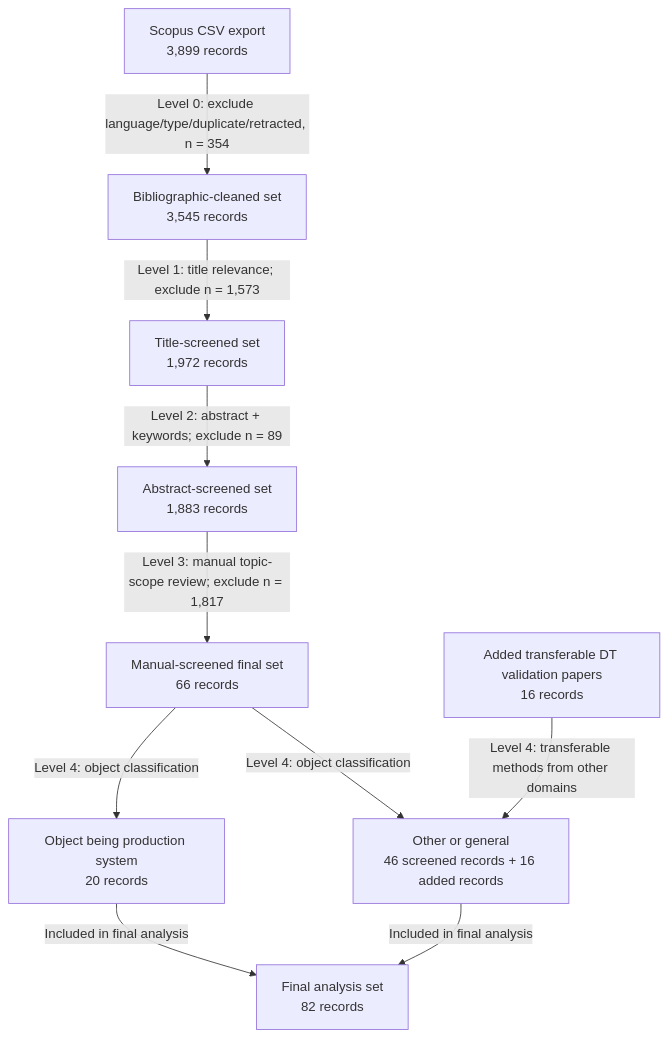
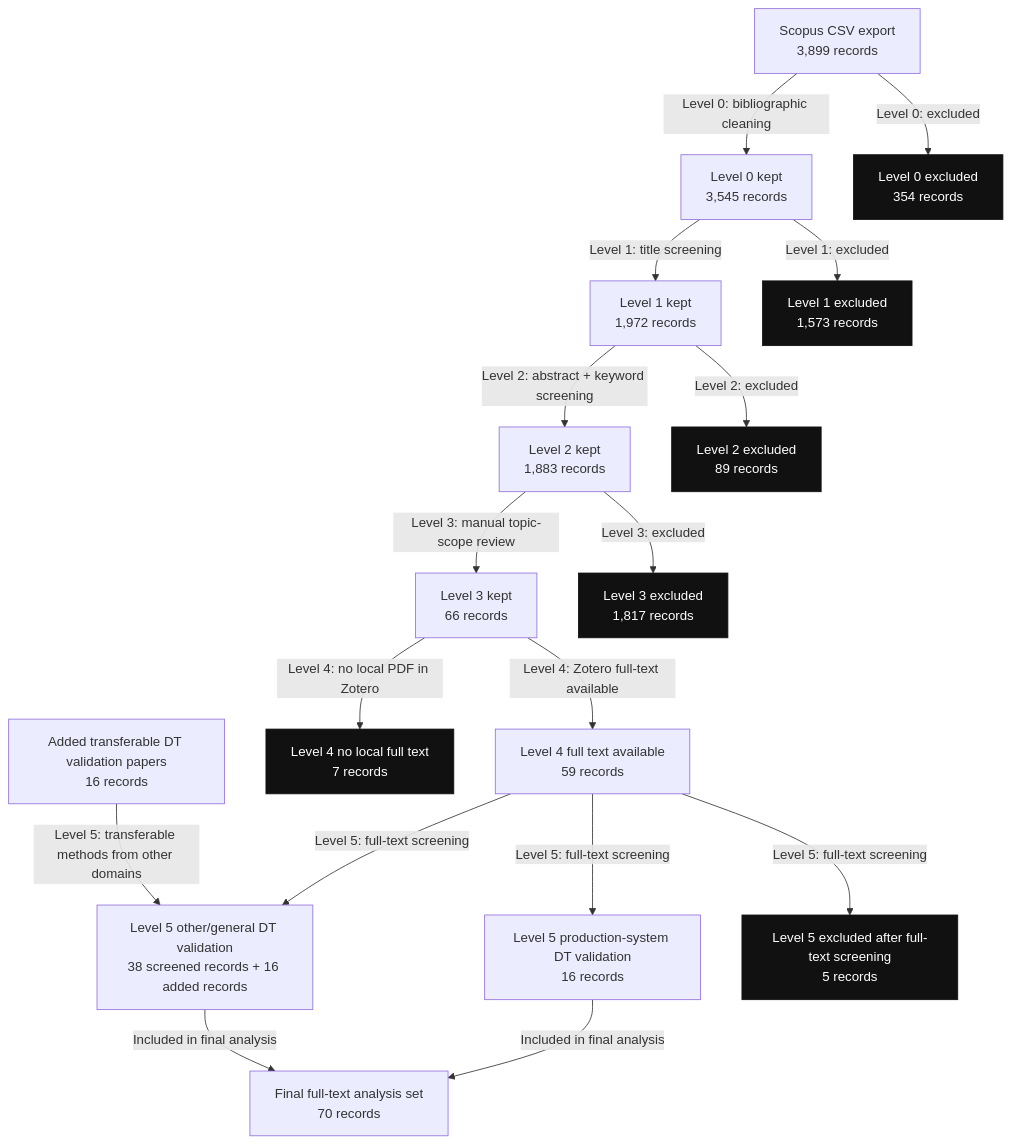
Before and after one commit to lengbh/ProdDTValScopus: the diagram in README.md, drawn with Mermaid. The commit also changed other lines of this file and 42 other files, not shown here.

Commit message:
added fulltext availability, refined fulltext screening classification, reorganised folder structure

````diff
--- a/README.md
+++ b/README.md
@@ -3,22 +3,39 @@
 ```mermaid
 flowchart TB
     A["Scopus CSV export<br/>3,899 records"]
-    B["Bibliographic-cleaned set<br/>3,545 records"]
-    C["Title-screened set<br/>1,972 records"]
-    D["Abstract-screened set<br/>1,883 records"]
-    E["Manual-screened final set<br/>66 records"]
-    F["Object being production system<br/>20 records"]
-    G["Other or general<br/>46 screened records + 16 added records"]
+    B["Level 0 kept<br/>3,545 records"]
+    Bx["Level 0 excluded<br/>354 records"]
+    C["Level 1 kept<br/>1,972 records"]
+    Cx["Level 1 excluded<br/>1,573 records"]
+    D["Level 2 kept<br/>1,883 records"]
+    Dx["Level 2 excluded<br/>89 records"]
+    E["Level 3 kept<br/>66 records"]
+    Ex["Level 3 excluded<br/>1,817 records"]
+    FT["Level 4 full text available<br/>59 records"]
+    X["Level 4 no local full text<br/>7 records"]
+    F["Level 5 production-system DT validation<br/>16 records"]
+    G["Level 5 other/general DT validation<br/>38 screened records + 16 added records"]
+    J["Level 5 excluded after full-text screening<br/>5 records"]
     H["Added transferable DT validation papers<br/>16 records"]
-    I["Final analysis set<br/>82 records"]
+    I["Final full-text analysis set<br/>70 records"]
 
-    A -->|"Level 0: exclude language/type/duplicate/retracted, n = 354"| B
-    B -->|"Level 1: title relevance; exclude n = 1,573"| C
-    C -->|"Level 2: abstract + keywords; exclude n = 89"| D
-    D -->|"Level 3: manual topic-scope review; exclude n = 1,817"| E
-    E -->|"Level 4: object classification"| F
-    E -->|"Level 4: object classification"| G
-    H -->|"Level 4: transferable methods from other domains"| G
+    A -->|"Level 0: bibliographic cleaning"| B
+    A -->|"Level 0: excluded"| Bx
+    B -->|"Level 1: title screening"| C
+    B -->|"Level 1: excluded"| Cx
+    C -->|"Level 2: abstract + keyword screening"| D
+    C -->|"Level 2: excluded"| Dx
+    D -->|"Level 3: manual topic-scope review"| E
+    D -->|"Level 3: excluded"| Ex
+    E -->|"Level 4: Zotero full-text available"| FT
+    E -->|"Level 4: no local PDF in Zotero"| X
+    FT -->|"Level 5: full-text screening"| F
+    FT -->|"Level 5: full-text screening"| G
+    FT -->|"Level 5: full-text screening"| J
+    H -->|"Level 5: transferable methods from other domains"| G
     F -->|"Included in final analysis"| I
     G -->|"Included in final analysis"| I
+
+    classDef exclude fill:#111111,color:#ffffff,stroke:#111111;
+    class Bx,Cx,Dx,Ex,X,J exclude;
 ```
````
